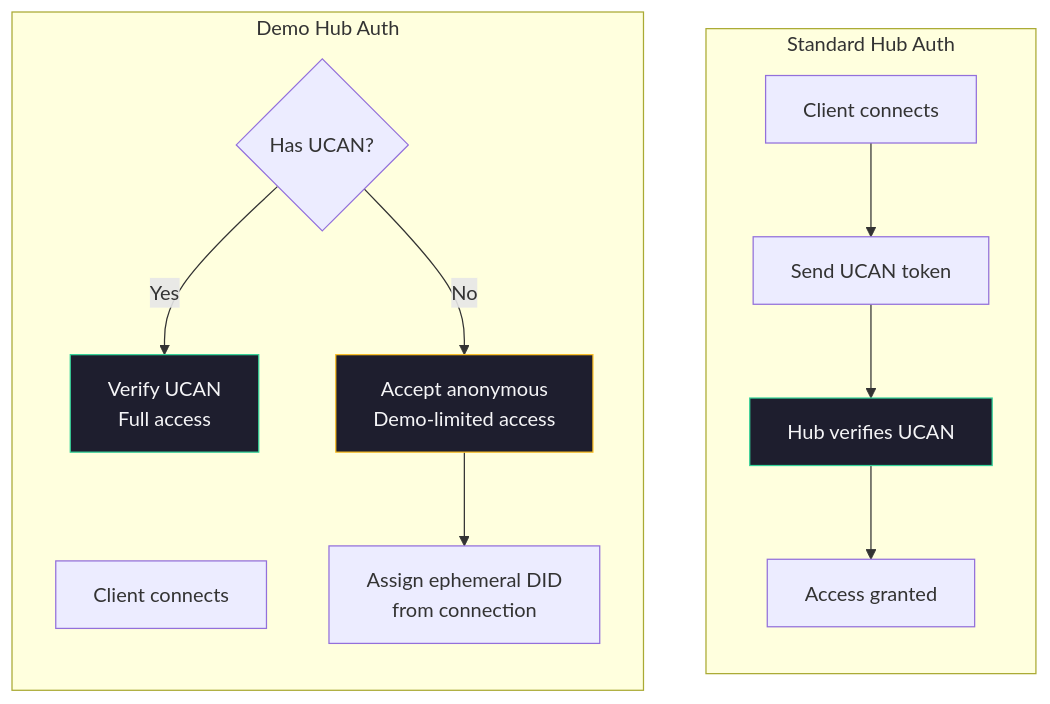
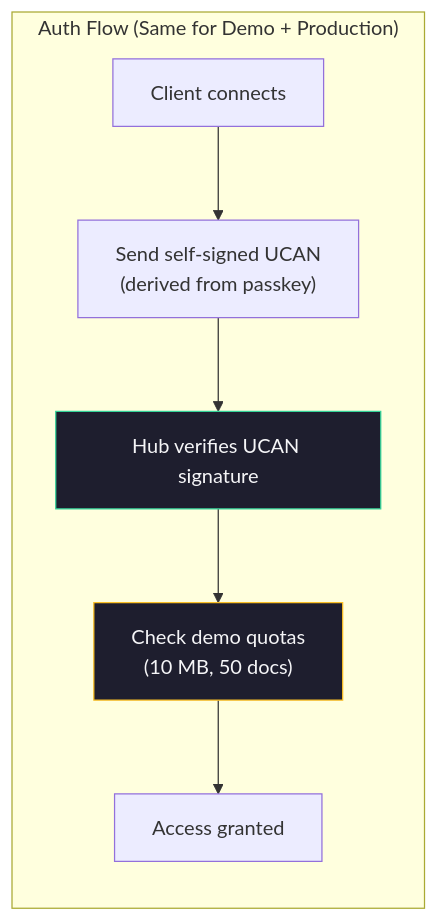
The tenth of 13 diagrams in docs/explorations/0051_DEMO_HUB_ON_RAILWAY.md (crs48/xNet), drawn with Mermaid before and after one commit. The commit also changed other lines of this file, not shown here.

Commit message:
docs: update demo Hub exploration to passkey-first auth (no anonymous mode)

````diff
--- a/docs/explorations/0051_DEMO_HUB_ON_RAILWAY.md
+++ b/docs/explorations/0051_DEMO_HUB_ON_RAILWAY.md
@@ -718,24 +749,15 @@
 ```mermaid
 flowchart TB
-    subgraph "Standard Hub Auth"
+    subgraph "Auth Flow (Same for Demo + Production)"
         direction TB
         A1["Client connects"]
-        A2["Send UCAN token"]
-        A3["Hub verifies UCAN"]
-        A4["Access granted"]
-        A1 --> A2 --> A3 --> A4
-    end
-
-    subgraph "Demo Hub Auth"
-        direction TB
-        B1["Client connects"]
-        B2{"Has UCAN?"}
-        B2 -->|"Yes"| B3["Verify UCAN\nFull access"]
-        B2 -->|"No"| B4["Accept anonymous\nDemo-limited access"]
-        B4 --> B5["Assign ephemeral DID\nfrom connection"]
+        A2["Send self-signed UCAN\n(derived from passkey)"]
+        A3["Hub verifies UCAN signature"]
+        A4["Check demo quotas\n(10 MB, 50 docs)"]
+        A5["Access granted"]
+        A1 --> A2 --> A3 --> A4 --> A5
     end
 
     style A3 fill:#1e1e2e,stroke:#34d399,color:#f5f5f7
-    style B3 fill:#1e1e2e,stroke:#34d399,color:#f5f5f7
-    style B4 fill:#1e1e2e,stroke:#fbbf24,color:#f5f5f7
+    style A4 fill:#1e1e2e,stroke:#fbbf24,color:#f5f5f7
 ```
````
